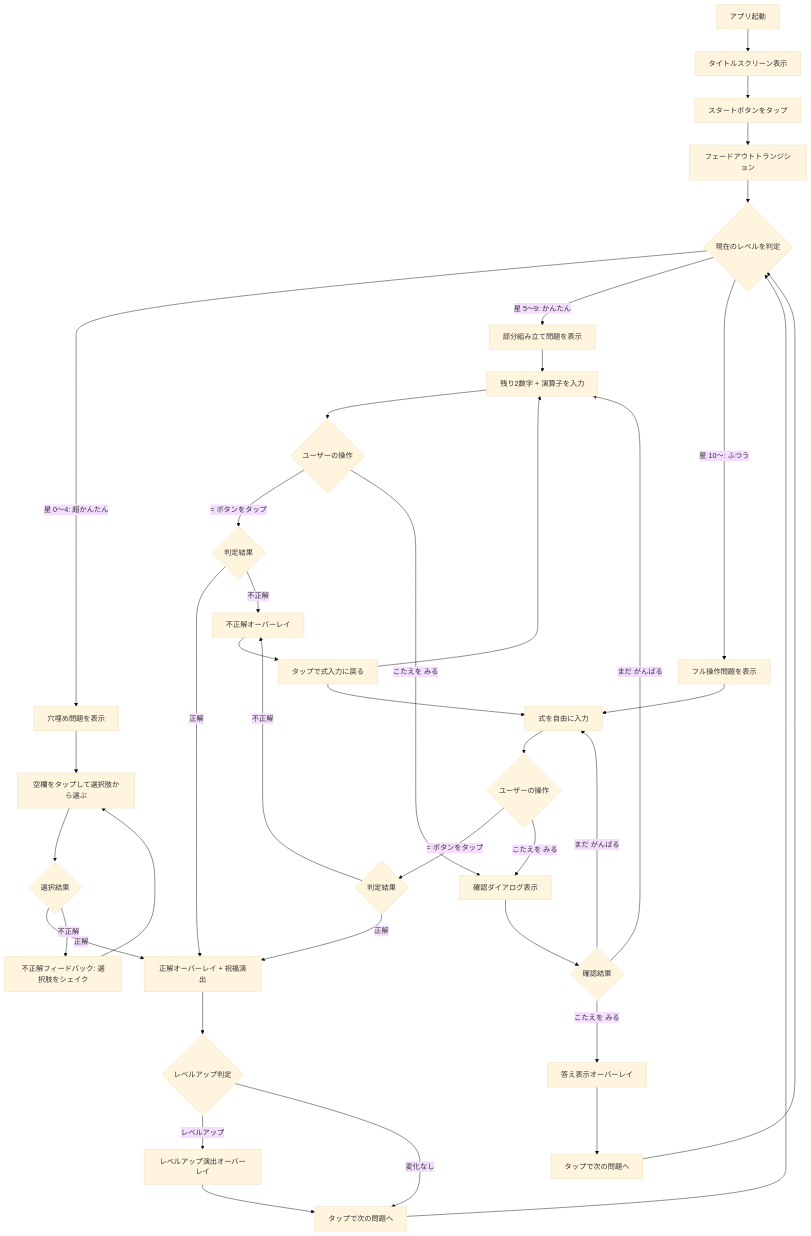
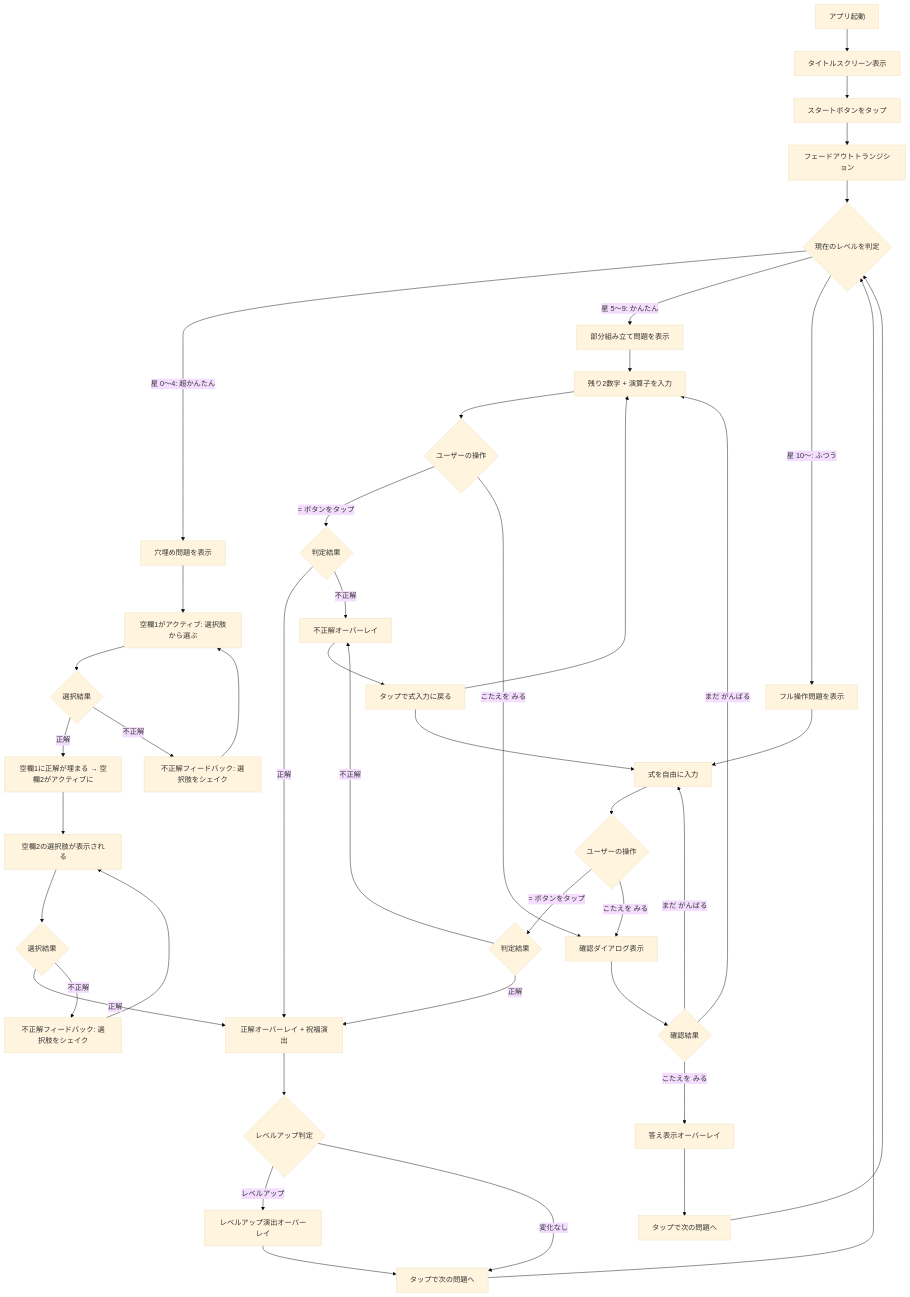
One commit to kaionn/make-10-pwa changed the first of 9 diagrams in docs/plan/ux-design.md. Above: the diagram before and after it, drawn with Mermaid (base theme). The commit also changed other lines of this file and 1 other file, not shown here.

````diff
--- a/docs/plan/ux-design.md
+++ b/docs/plan/ux-design.md
@@ -56,47 +61,52 @@
 ```mermaid
 flowchart TD
     A[アプリ起動] --> T[タイトルスクリーン表示]
     T --> T1[スタートボタンをタップ]
     T1 --> T2[フェードアウトトランジション]
     T2 --> B{現在のレベルを判定}
     B -->|星 0〜4: 超かんたん| C1[穴埋め問題を表示]
     B -->|星 5〜9: かんたん| C2[部分組み立て問題を表示]
     B -->|星 10〜: ふつう| C3[フル操作問題を表示]
 
-    C1 --> D1[空欄をタップして選択肢から選ぶ]
-    D1 --> E1{選択結果}
-    E1 -->|正解| F[正解オーバーレイ + 祝福演出]
-    E1 -->|不正解| G1[不正解フィードバック: 選択肢をシェイク]
+    C1 --> D1a[空欄1がアクティブ: 選択肢から選ぶ]
+    D1a --> E1a{選択結果}
+    E1a -->|正解| D1b[空欄1に正解が埋まる → 空欄2がアクティブに]
+    E1a -->|不正解| G1a[不正解フィードバック: 選択肢をシェイク]
+    G1a --> D1a
+    D1b --> D1c[空欄2の選択肢が表示される]
+    D1c --> E1b{選択結果}
+    E1b -->|正解| F[正解オーバーレイ + 祝福演出]
+    E1b -->|不正解| G1b[不正解フィードバック: 選択肢をシェイク]
+    G1b --> D1c
 
     C2 --> D2[残り2数字 + 演算子を入力]
     D2 --> E2{ユーザーの操作}
     E2 -->|= ボタンをタップ| E2a{判定結果}
     E2 -->|こたえを みる| K[確認ダイアログ表示]
     E2a -->|正解| F
     E2a -->|不正解| G[不正解オーバーレイ]
 
     C3 --> D3[式を自由に入力]
     D3 --> E3{ユーザーの操作}
     E3 -->|= ボタンをタップ| E3a{判定結果}
     E3 -->|こたえを みる| K
     E3a -->|正解| F
     E3a -->|不正解| G
 
     F --> H{レベルアップ判定}
     H -->|レベルアップ| I[レベルアップ演出オーバーレイ]
     H -->|変化なし| J[タップで次の問題へ]
     I --> J
     J --> B
 
     G --> G2[タップで式入力に戻る]
-    G1 --> D1
     G2 --> D2
     G2 --> D3
 
     K --> L{確認結果}
     L -->|こたえを みる| M[答え表示オーバーレイ]
     L -->|まだ がんばる| D2
     L -->|まだ がんばる| D3
     M --> N[タップで次の問題へ]
     N --> B
 ```
````
